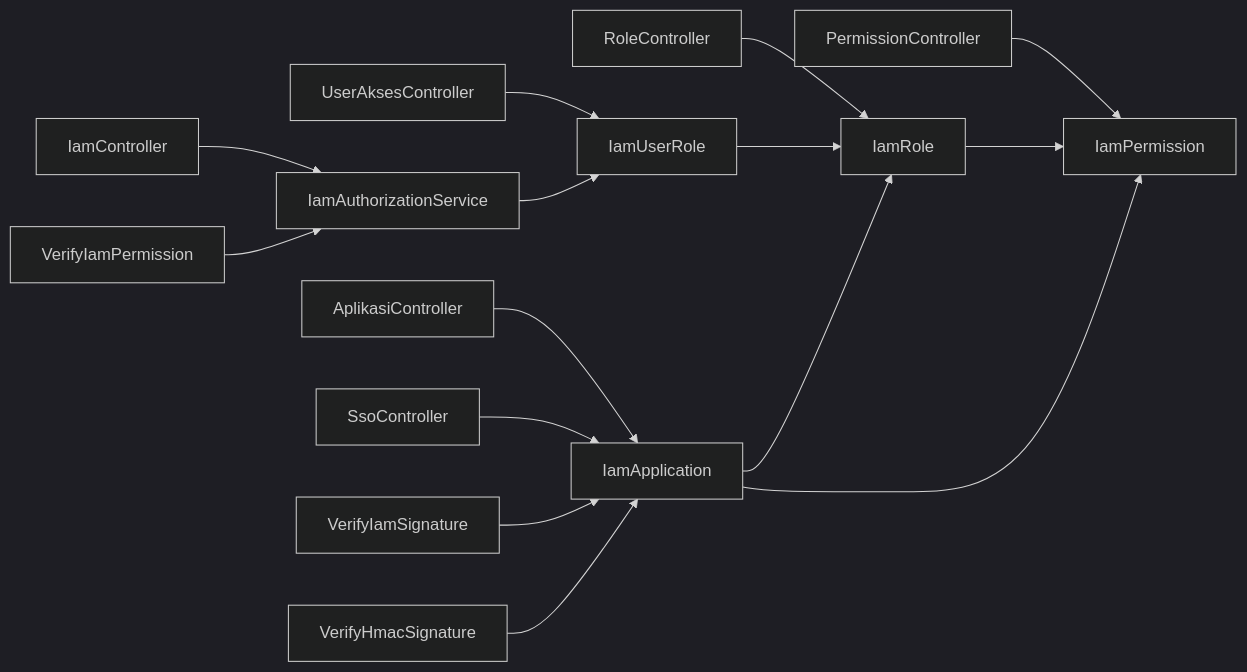
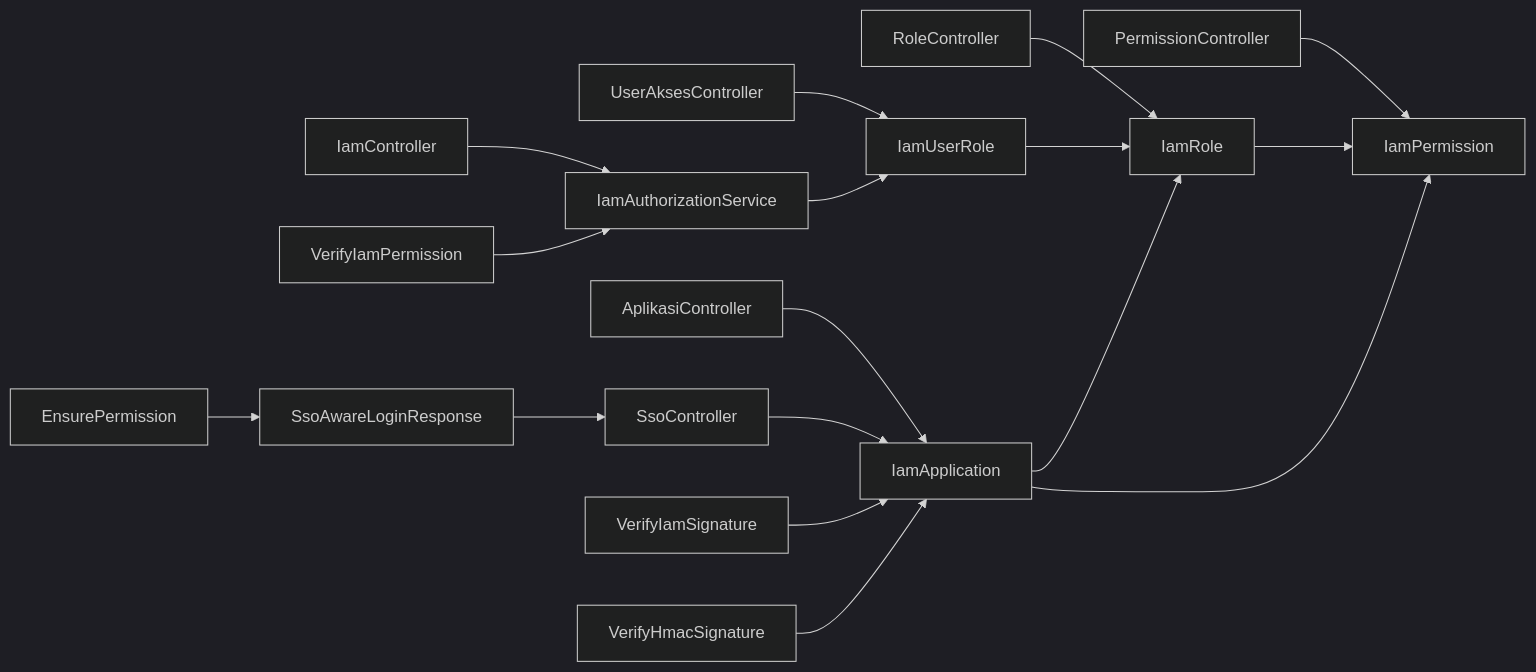
One commit to PA-Penajam/kepegawaian_apps changed the tenth of 10 diagrams in .qoder/repowiki/en/content/Identity and Access Management (IAM)/Identity and Access Management (IAM).md. Above: the diagram before and after it, drawn with Mermaid (dark theme). The commit also changed other lines of this file and 13 other files, not shown here.

````diff
--- a/.qoder/repowiki/en/content/Identity and Access Management (IAM)/Identity and Access Management (IAM).md
+++ b/.qoder/repowiki/en/content/Identity and Access Management (IAM)/Identity and Access Management (IAM).md
@@ -494,17 +554,19 @@
 ```mermaid
 graph LR
 AC["AplikasiController"] --> APP["IamApplication"]
 RC["RoleController"] --> ROLE["IamRole"]
 PC["PermissionController"] --> PERM["IamPermission"]
 UAC["UserAksesController"] --> UROLE["IamUserRole"]
 SSC["SsoController"] --> APP
 IC["IamController"] --> IAS["IamAuthorizationService"]
 VIM["VerifyIamSignature"] --> APP
 VHMAC["VerifyHmacSignature"] --> APP
 VIP["VerifyIamPermission"] --> IAS
+EP["EnsurePermission"] --> SLR["SsoAwareLoginResponse"]
+SLR --> SSC
 IAS --> UROLE
 UROLE --> ROLE
 ROLE --> PERM
 APP --> ROLE
 APP --> PERM
 ```
````
